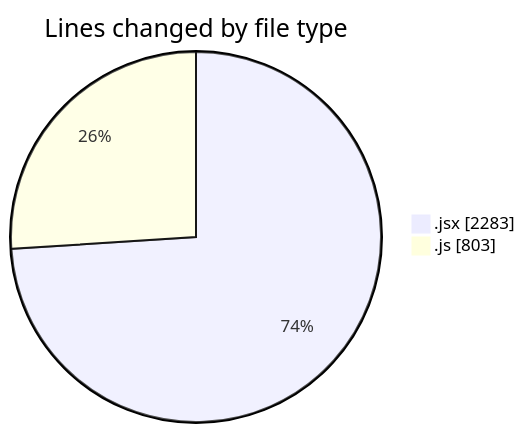
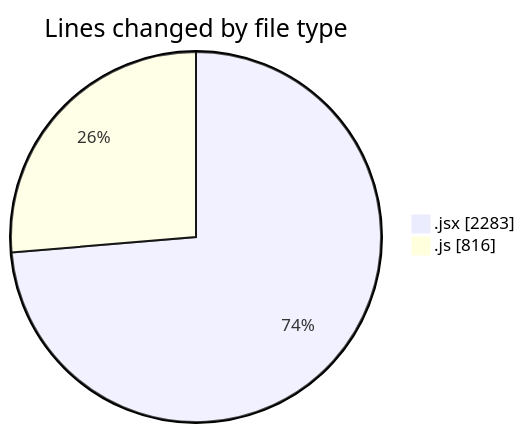
One commit to nxtqubesakshisongat/code-tracking changed the first of 2 diagrams in 2025-11-13/argos/README.md. Above: the diagram before and after it, drawn with Mermaid. The commit also changed other lines of this file and 1 other file, not shown here.

````diff
--- a/2025-11-13/argos/README.md
+++ b/2025-11-13/argos/README.md
@@ -31,6 +32,6 @@
 ```mermaid
 pie showData
 title Lines changed by file type
 ".jsx" : 2283
-".js" : 803
+".js" : 816
 ```
````
